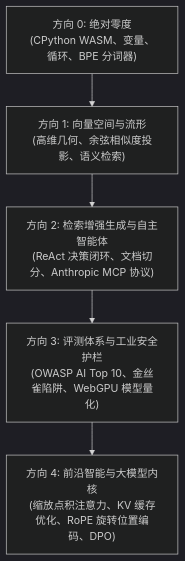
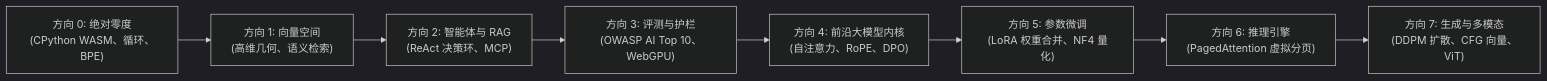
Before and after one commit to Adilrafiq001/OpenGuideForAI: the diagram in docs/translations/README_zh.md, drawn with Mermaid (dark theme). The commit also changed other lines of this file and 45 other files, not shown here.

````diff
--- a/docs/translations/README_zh.md
+++ b/docs/translations/README_zh.md
@@ -98,10 +98,13 @@
 ```mermaid
-graph TD
-    T0["方向 0: 绝对零度<br/>(CPython WASM、变量、循环、BPE 分词器)"]
-    T1["方向 1: 向量空间与流形<br/>(高维几何、余弦相似度投影、语义检索)"]
-    T2["方向 2: 检索增强生成与自主智能体<br/>(ReAct 决策闭环、文档切分、Anthropic MCP 协议)"]
-    T3["方向 3: 评测体系与工业安全护栏<br/>(OWASP AI Top 10、金丝雀陷阱、WebGPU 模型量化)"]
-    T4["方向 4: 前沿智能与大模型内核<br/>(缩放点积注意力、KV 缓存优化、RoPE 旋转位置编码、DPO)"]
+graph LR
+    T0["方向 0: 绝对零度<br/>(CPython WASM、循环、BPE)"]
+    T1["方向 1: 向量空间<br/>(高维几何、语义检索)"]
+    T2["方向 2: 智能体与 RAG<br/>(ReAct 决策环、MCP)"]
+    T3["方向 3: 评测与护栏<br/>(OWASP AI Top 10、WebGPU)"]
+    T4["方向 4: 前沿大模型内核<br/>(自注意力、RoPE、DPO)"]
+    T5["方向 5: 参数微调<br/>(LoRA 权重合并、NF4 量化)"]
+    T6["方向 6: 推理引擎<br/>(PagedAttention 虚拟分页)"]
+    T7["方向 7: 生成与多模态<br/>(DDPM 扩散、CFG 向量、ViT)"]
 
-    T0 --> T1 --> T2 --> T3 --> T4
+    T0 --> T1 --> T2 --> T3 --> T4 --> T5 --> T6 --> T7
 ```
````
